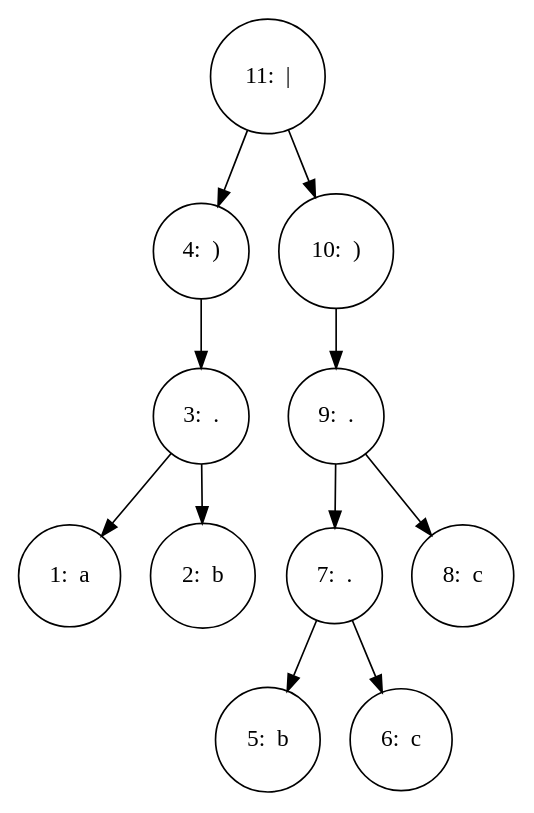
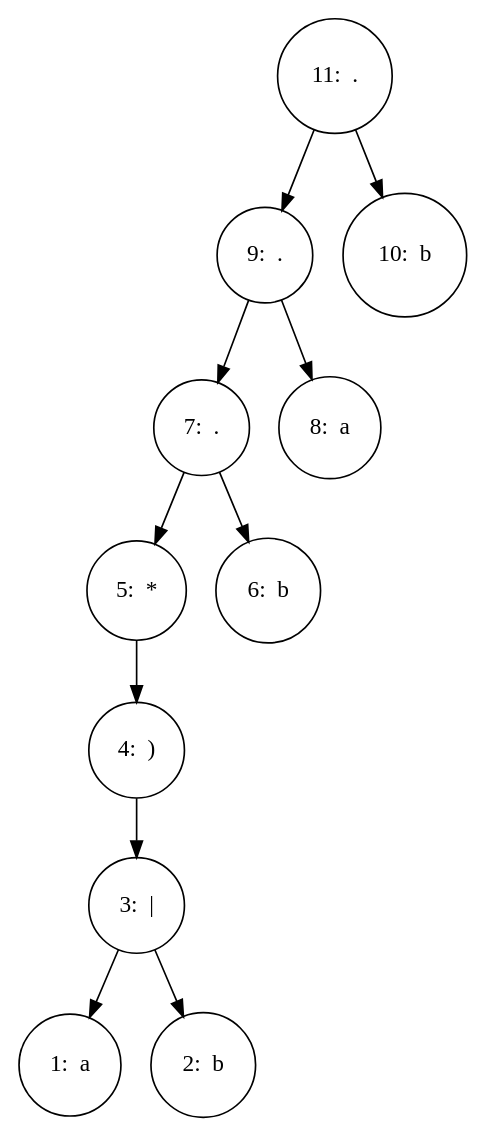
One commit to grvaldes/Compilateur_C changed the diagram in files/tree.dot. Above: the diagram before and after it, drawn with Graphviz. The commit also changed 8 other files, not shown here.

```diff
--- a/files/tree.dot
+++ b/files/tree.dot
@@ -1,24 +1,24 @@
 digraph SyntaxTree {
   node [shape=circle];
-  node10 [label="11:  |"];
-  node10 -> node3 [label=""];
+  node10 [label="11:  ."];
+  node10 -> node8 [label=""];
+  node8 [label="9:  ."];
+  node8 -> node6 [label=""];
+  node6 [label="7:  ."];
+  node6 -> node4 [label=""];
+  node4 [label="5:  *"];
+  node4 -> node3 [label=""];
   node3 [label="4:  )"];
   node3 -> node2 [label=""];
-  node2 [label="3:  ."];
+  node2 [label="3:  |"];
   node2 -> node0 [label=""];
   node0 [label="1:  a"];
   node2 -> node1 [label=""];
   node1 [label="2:  b"];
+  node6 -> node5 [label=""];
+  node5 [label="6:  b"];
+  node8 -> node7 [label=""];
+  node7 [label="8:  a"];
   node10 -> node9 [label=""];
-  node9 [label="10:  )"];
-  node9 -> node8 [label=""];
-  node8 [label="9:  ."];
-  node8 -> node6 [label=""];
-  node6 [label="7:  ."];
-  node6 -> node4 [label=""];
-  node4 [label="5:  b"];
-  node6 -> node5 [label=""];
-  node5 [label="6:  c"];
-  node8 -> node7 [label=""];
-  node7 [label="8:  c"];
+  node9 [label="10:  b"];
 }
```
